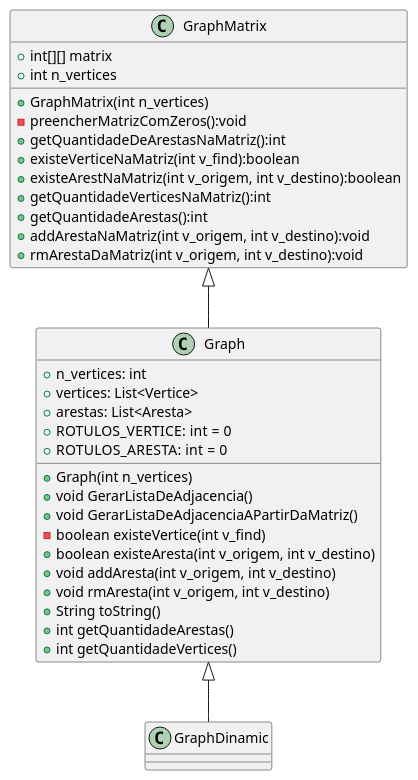
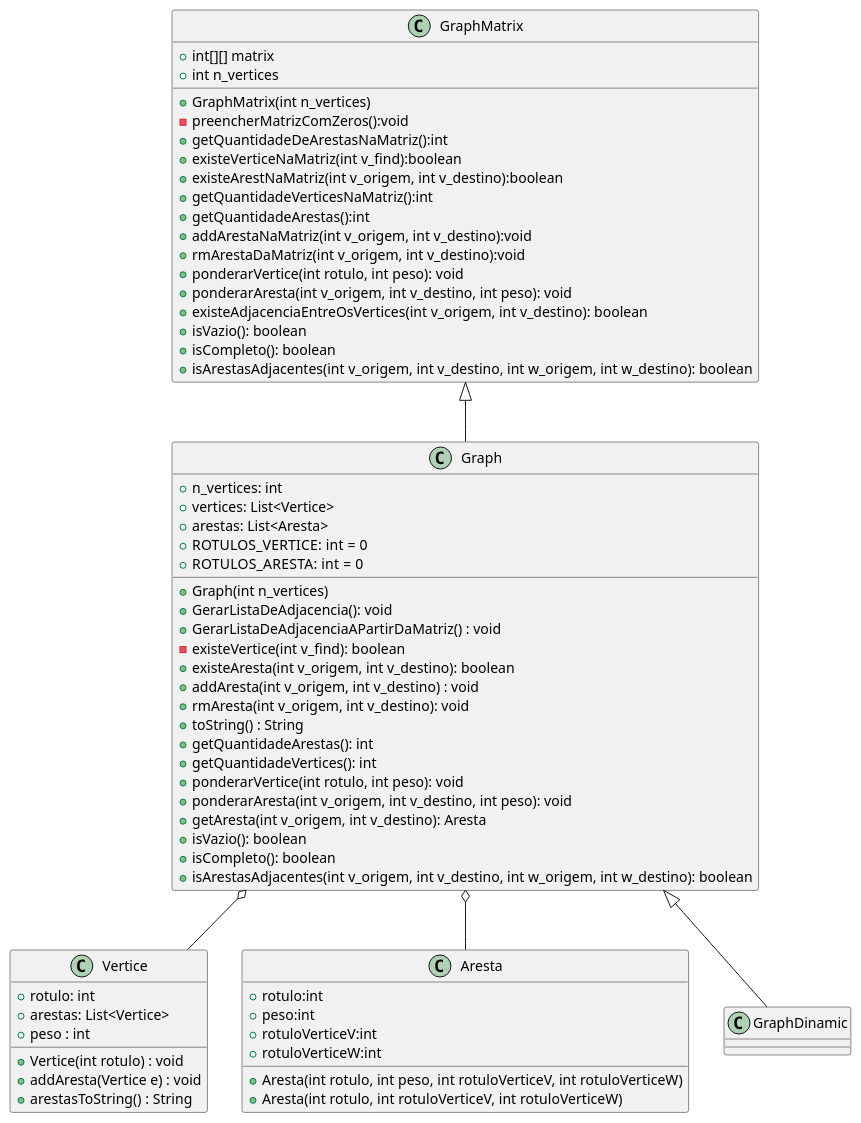
Before and after one commit to G4BR-13-L/grafos-trabalho-pratico: the diagram in Projeto/DiagramaDeClasse.plantuml, drawn with PlantUML.

Commit message:
doc(UML): Atualização do diagrama de Classe

```diff
--- a/Projeto/DiagramaDeClasse.plantuml
+++ b/Projeto/DiagramaDeClasse.plantuml
@@ -1,43 +1,74 @@
 @startuml Diagrama de Classe
 
 
 class GraphMatrix{
     + int[][] matrix
     + int n_vertices
     + GraphMatrix(int n_vertices)
     - preencherMatrizComZeros():void
     + getQuantidadeDeArestasNaMatriz():int
     + existeVerticeNaMatriz(int v_find):boolean
     + existeArestNaMatriz(int v_origem, int v_destino):boolean
     + getQuantidadeVerticesNaMatriz():int
     + getQuantidadeArestas():int
     + addArestaNaMatriz(int v_origem, int v_destino):void
     + rmArestaDaMatriz(int v_origem, int v_destino):void
+    + ponderarVertice(int rotulo, int peso): void
+    + ponderarAresta(int v_origem, int v_destino, int peso): void
+    + existeAdjacenciaEntreOsVertices(int v_origem, int v_destino): boolean
+    + isVazio(): boolean
+    + isCompleto(): boolean
+    + isArestasAdjacentes(int v_origem, int v_destino, int w_origem, int w_destino): boolean
 }
 
 class Graph{
-    + n_vertices: int 
-    + vertices: List<Vertice> 
-    + arestas: List<Aresta> 
+    + n_vertices: int
+    + vertices: List<Vertice>
+    + arestas: List<Aresta>
     + ROTULOS_VERTICE: int  = 0
     + ROTULOS_ARESTA: int  = 0
     + Graph(int n_vertices)
-    + void GerarListaDeAdjacencia()
-    + void GerarListaDeAdjacenciaAPartirDaMatriz() 
-    - boolean existeVertice(int v_find)
-    + boolean existeAresta(int v_origem, int v_destino)
-    + void addAresta(int v_origem, int v_destino) 
-    + void rmAresta(int v_origem, int v_destino)
-    + String toString() 
-    + int getQuantidadeArestas()
-    + int getQuantidadeVertices()
+    + GerarListaDeAdjacencia(): void
+    + GerarListaDeAdjacenciaAPartirDaMatriz() : void
+    - existeVertice(int v_find): boolean
+    + existeAresta(int v_origem, int v_destino): boolean
+    + addAresta(int v_origem, int v_destino) : void
+    + rmAresta(int v_origem, int v_destino): void
+    + toString() : String
+    + getQuantidadeArestas(): int
+    + getQuantidadeVertices(): int
+    + ponderarVertice(int rotulo, int peso): void
+    + ponderarAresta(int v_origem, int v_destino, int peso): void
+    + getAresta(int v_origem, int v_destino): Aresta
+    + isVazio(): boolean
+    + isCompleto(): boolean
+    + isArestasAdjacentes(int v_origem, int v_destino, int w_origem, int w_destino): boolean
+}
+class Vertice {
+    + rotulo: int
+    + arestas: List<Vertice>
+    + peso : int
+    + Vertice(int rotulo) : void
+    + addAresta(Vertice e) : void
+    + arestasToString() : String
+}
+
+class Aresta {
+    + rotulo:int
+    + peso:int
+    + rotuloVerticeV:int
+    + rotuloVerticeW:int
+    + Aresta(int rotulo, int peso, int rotuloVerticeV, int rotuloVerticeW)
+    + Aresta(int rotulo, int rotuloVerticeV, int rotuloVerticeW)
 }
 
 class GraphDinamic{
 
 }
 
 GraphMatrix <|-- Graph
 Graph <|-- GraphDinamic
+Graph o-- Aresta
+Graph o-- Vertice
 
 @enduml
```
